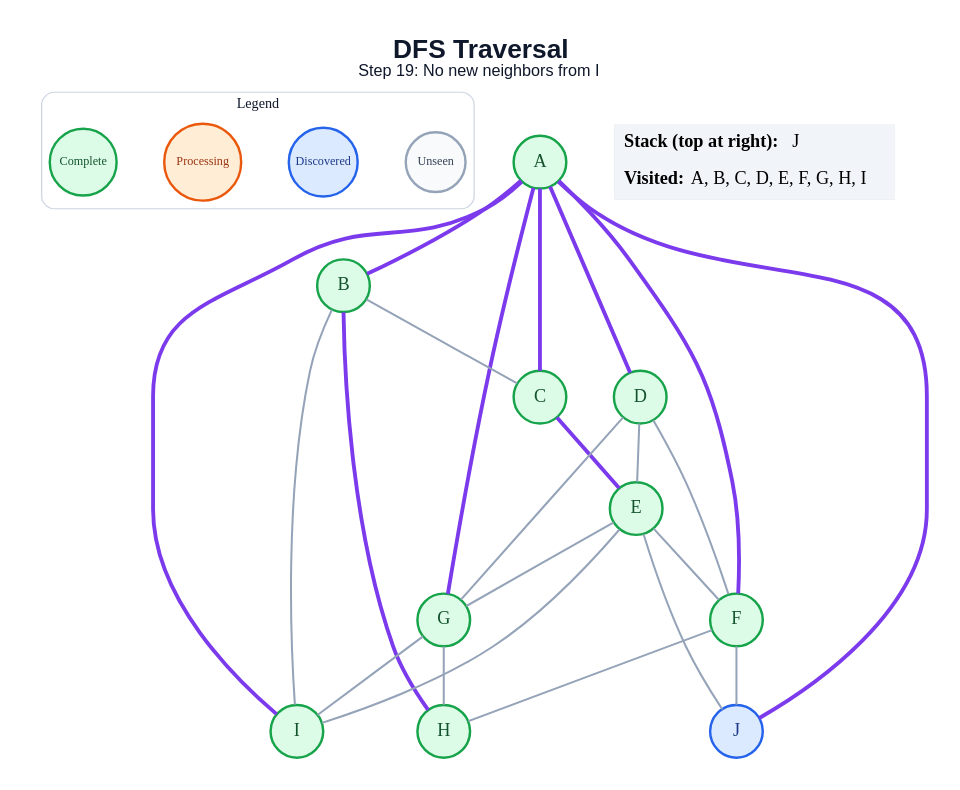
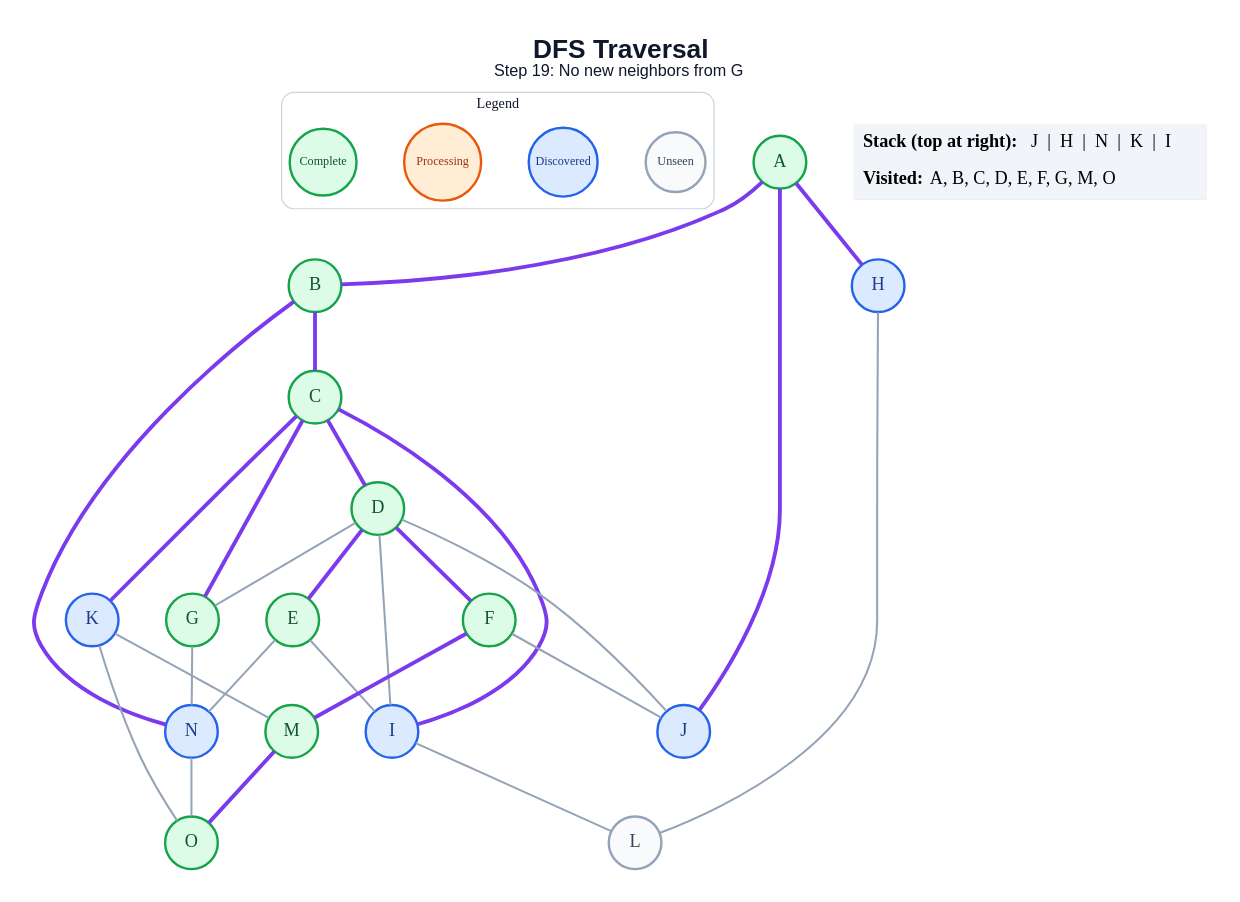
The diagram in generated/dfs/step_19.dot (anon7238593-create/ai-slop), drawn with Graphviz before and after one commit. The commit also changed 268 other files, not shown here.

```diff
--- a/generated/dfs/step_19.dot
+++ b/generated/dfs/step_19.dot
@@ -1,51 +1,59 @@
 graph traversal {
   graph [layout=dot, rankdir=TB, bgcolor="#FFFFFF", pad="0.35", nodesep="0.65", ranksep="0.8", fontname="Arial"];
   node [shape=circle, style="filled", fontname="Arial Bold", fontsize=18, width=0.72, fixedsize=true, penwidth=2.4];
   edge [color="#94A3B8", penwidth=2.0];
-  label=<<B>DFS Traversal</B><BR/><FONT POINT-SIZE="16">Step 19: No new neighbors from I</FONT>>; labelloc="t"; fontsize=26; fontname="Arial"; fontcolor="#0F172A";
+  label=<<B>DFS Traversal</B><BR/><FONT POINT-SIZE="16">Step 19: No new neighbors from G</FONT>>; labelloc="t"; fontsize=26; fontname="Arial"; fontcolor="#0F172A";
   subgraph cluster_legend { label="Legend"; color="#CBD5E1"; penwidth=1.2; style="rounded"; fontsize=14; fontname="Arial Bold";
     key_unseen [label="Unseen", fillcolor="#F8FAFC", color="#94A3B8", fontcolor="#334155", fontsize=12, width=0.82];
     key_frontier [label="Discovered", fillcolor="#DBEAFE", color="#2563EB", fontcolor="#1E3A8A", fontsize=12, width=0.95];
     key_current [label="Processing", fillcolor="#FFEDD5", color="#EA580C", fontcolor="#9A3412", fontsize=12, width=1.05];
     key_done [label="Complete", fillcolor="#DCFCE7", color="#16A34A", fontcolor="#14532D", fontsize=12, width=0.92];
     { rank=same; key_unseen; key_frontier; key_current; key_done; }
   }
   A [fillcolor="#DCFCE7", color="#16A34A", fontcolor="#14532D"];
   B [fillcolor="#DCFCE7", color="#16A34A", fontcolor="#14532D"];
   C [fillcolor="#DCFCE7", color="#16A34A", fontcolor="#14532D"];
   D [fillcolor="#DCFCE7", color="#16A34A", fontcolor="#14532D"];
   E [fillcolor="#DCFCE7", color="#16A34A", fontcolor="#14532D"];
   F [fillcolor="#DCFCE7", color="#16A34A", fontcolor="#14532D"];
   G [fillcolor="#DCFCE7", color="#16A34A", fontcolor="#14532D"];
-  H [fillcolor="#DCFCE7", color="#16A34A", fontcolor="#14532D"];
-  I [fillcolor="#DCFCE7", color="#16A34A", fontcolor="#14532D"];
+  H [fillcolor="#DBEAFE", color="#2563EB", fontcolor="#1E3A8A"];
+  I [fillcolor="#DBEAFE", color="#2563EB", fontcolor="#1E3A8A"];
   J [fillcolor="#DBEAFE", color="#2563EB", fontcolor="#1E3A8A"];
+  K [fillcolor="#DBEAFE", color="#2563EB", fontcolor="#1E3A8A"];
+  L [fillcolor="#F8FAFC", color="#94A3B8", fontcolor="#334155"];
+  M [fillcolor="#DCFCE7", color="#16A34A", fontcolor="#14532D"];
+  N [fillcolor="#DBEAFE", color="#2563EB", fontcolor="#1E3A8A"];
+  O [fillcolor="#DCFCE7", color="#16A34A", fontcolor="#14532D"];
   A -- B [color="#7C3AED", penwidth=3.8];
-  A -- C [color="#7C3AED", penwidth=3.8];
-  A -- D [color="#7C3AED", penwidth=3.8];
-  A -- F [color="#7C3AED", penwidth=3.8];
-  A -- G [color="#7C3AED", penwidth=3.8];
-  A -- I [color="#7C3AED", penwidth=3.8];
+  A -- H [color="#7C3AED", penwidth=3.8];
   A -- J [color="#7C3AED", penwidth=3.8];
-  B -- C;
-  B -- H [color="#7C3AED", penwidth=3.8];
-  B -- I;
-  C -- E [color="#7C3AED", penwidth=3.8];
-  D -- E;
-  D -- F;
+  B -- C [color="#7C3AED", penwidth=3.8];
+  B -- N [color="#7C3AED", penwidth=3.8];
+  C -- D [color="#7C3AED", penwidth=3.8];
+  C -- G [color="#7C3AED", penwidth=3.8];
+  C -- I [color="#7C3AED", penwidth=3.8];
+  C -- K [color="#7C3AED", penwidth=3.8];
+  D -- E [color="#7C3AED", penwidth=3.8];
+  D -- F [color="#7C3AED", penwidth=3.8];
   D -- G;
-  E -- F;
-  E -- G;
+  D -- I;
+  D -- J;
   E -- I;
-  E -- J;
-  F -- H;
+  E -- N;
   F -- J;
-  G -- H;
-  G -- I;
+  F -- M [color="#7C3AED", penwidth=3.8];
+  G -- N;
+  H -- L;
+  I -- L;
+  K -- M;
+  K -- O;
+  M -- O [color="#7C3AED", penwidth=3.8];
+  N -- O;
   status [shape=plain, fixedsize=false, width=0, height=0, margin=0, label=<
     <TABLE BORDER="0" CELLBORDER="0" CELLPADDING="7" BGCOLOR="#F1F5F9">
-      <TR><TD ALIGN="LEFT"><B>Stack (top at right):</B> J</TD></TR>
-      <TR><TD ALIGN="LEFT"><B>Visited:</B> A, B, C, D, E, F, G, H, I</TD></TR>
+      <TR><TD ALIGN="LEFT"><B>Stack (top at right):</B> J  |  H  |  N  |  K  |  I</TD></TR>
+      <TR><TD ALIGN="LEFT"><B>Visited:</B> A, B, C, D, E, F, G, M, O</TD></TR>
     </TABLE>
   >];
 }
```
